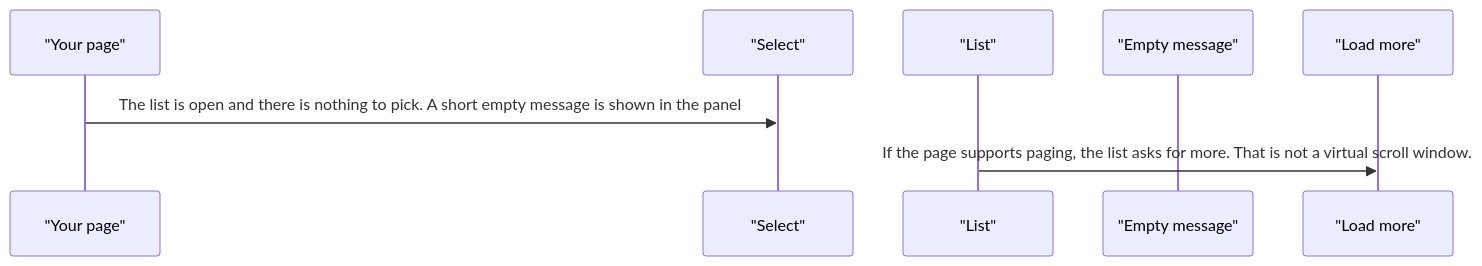
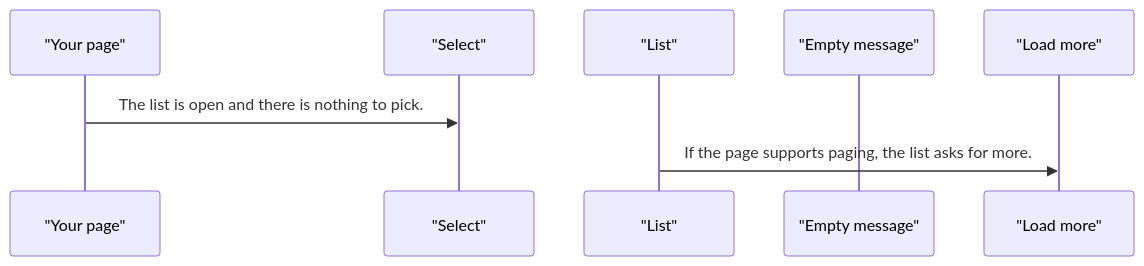
One commit to RajshekharBorate/pixel-ui changed the fourth of 5 diagrams in projects/pixel-ui/src/lib/pixel-select/DESIGN.md. Above: the diagram before and after it, drawn with Mermaid. The commit also changed other lines of this file and 80 other files, not shown here.

Commit message:
Fill missing design flows and correct the stories that did not match component behavior.

````diff
--- a/projects/pixel-ui/src/lib/pixel-select/DESIGN.md
+++ b/projects/pixel-ui/src/lib/pixel-select/DESIGN.md
@@ -89,10 +89,10 @@
 ```mermaid
 sequenceDiagram
   participant page as "Your page"
   participant select as "Select"
   participant list as "List"
   participant empty as "Empty message"
   participant more as "Load more"
-  page->>select: The list is open and there is nothing to pick. A short empty message is shown in the panel
-  list->>more: If the page supports paging, the list asks for more. That is not a virtual scroll window.
+  page->>select: The list is open and there is nothing to pick.
+  list->>more: If the page supports paging, the list asks for more.
 ```
````
